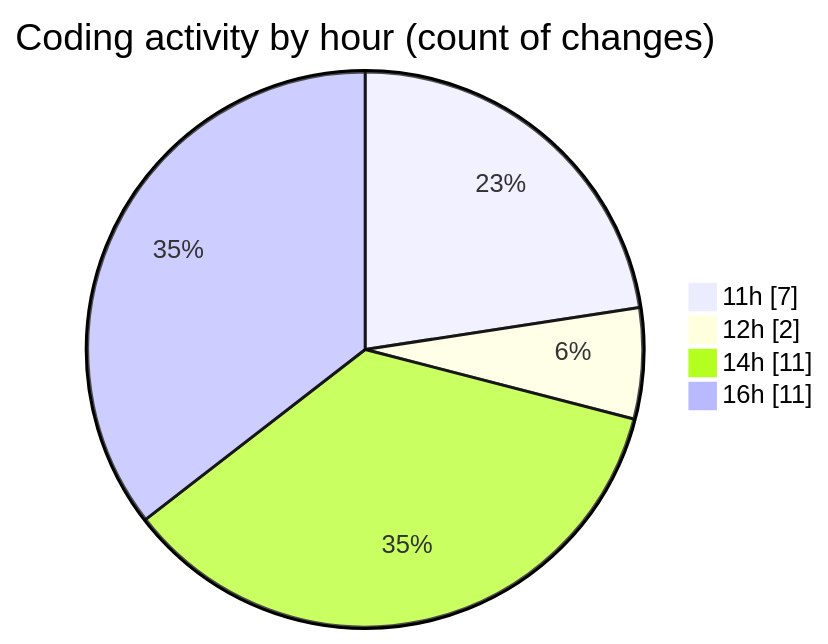
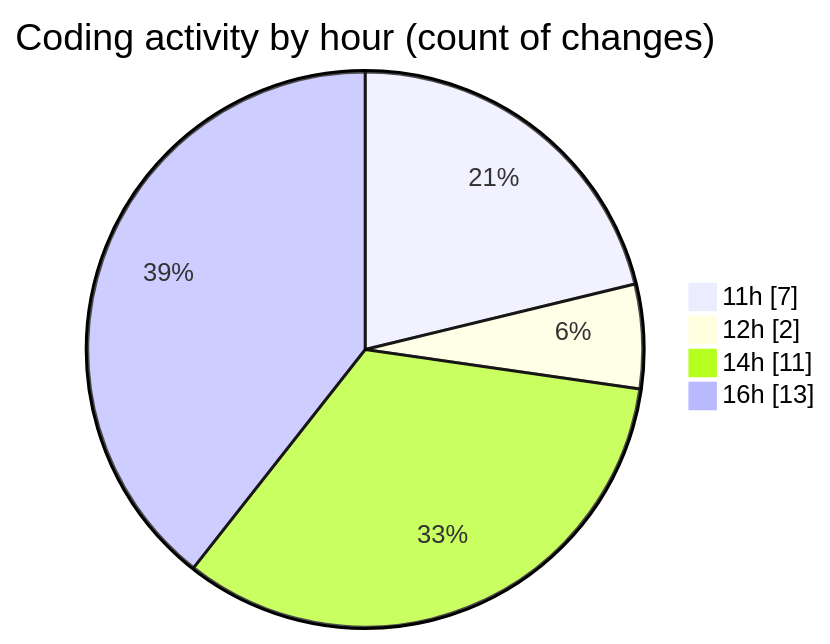
Before and after one commit to debugP/code-tracking: the second of 2 diagrams in 2025-09-26/untitled__workspace_/README.md, drawn with Mermaid. The commit also changed other lines of this file and 1 other file, not shown here.

````diff
--- a/2025-09-26/untitled__workspace_/README.md
+++ b/2025-09-26/untitled__workspace_/README.md
@@ -34,8 +34,8 @@
 ```mermaid
 pie showData
 title Coding activity by hour (count of changes)
 "11h" : 7
 "12h" : 2
 "14h" : 11
-"16h" : 11
+"16h" : 13
 ```
````
